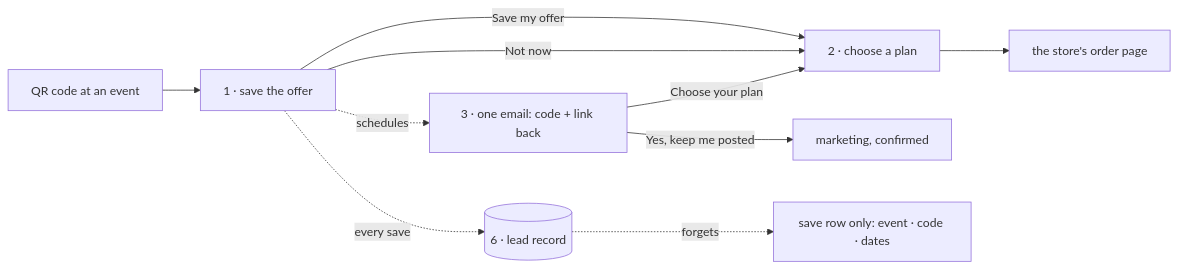
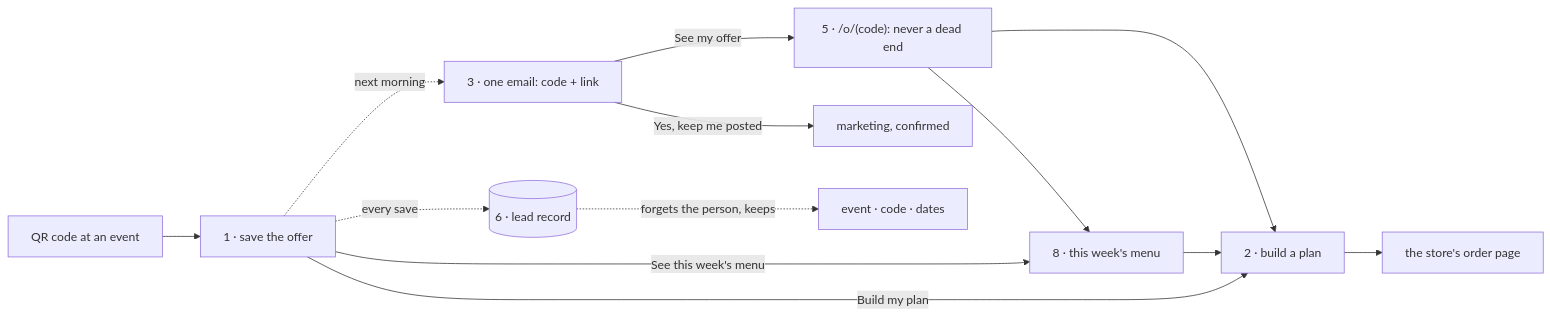
The diagram in boston-2026-10/flows/README.md (fitaf-hq/fitaf-microsites), drawn with Mermaid before and after one commit. The commit also changed other lines of this file and 7 other files, not shown here.

First line of the commit message:
Flows, second review: next-day email (suppressed by redeemed code), meal size instead of goal with a browser-only share calculator, permissive /o/<code> redemption, the two skip links, Flow 8 (this week's menu), Resend

````diff
--- a/boston-2026-10/flows/README.md
+++ b/boston-2026-10/flows/README.md
@@ -37,12 +43,15 @@
 ```mermaid
 flowchart LR
   QR[QR code at an event] --> F1[1 · save the offer]
-  F1 -->|Save my offer| F2[2 · choose a plan]
-  F1 -->|Not now| F2
+  F1 -->|Build my plan| F2[2 · build a plan]
+  F1 -->|See this week's menu| F8[8 · this week's menu]
+  F8 --> F2
   F2 --> STORE[the store's order page]
-  F1 -. schedules .-> F3[3 · one email: code + link back]
-  F3 -->|Choose your plan| F2
+  F1 -. next morning .-> F3[3 · one email: code + link]
+  F3 -->|See my offer| F5["5 · /o/(code): never a dead end"]
+  F5 --> F2
+  F5 --> F8
   F3 -->|Yes, keep me posted| MKT[marketing, confirmed]
   F1 -. every save .-> F6[(6 · lead record)]
-  F6 -. forgets .-> END[save row only: event · code · dates]
+  F6 -. forgets the person, keeps .-> END[event · code · dates]
 ```
````
